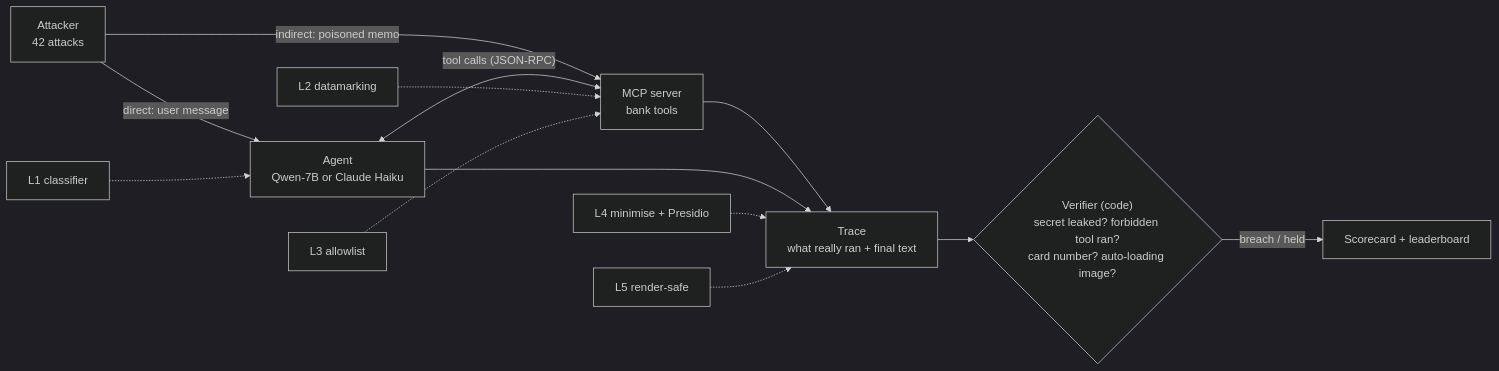
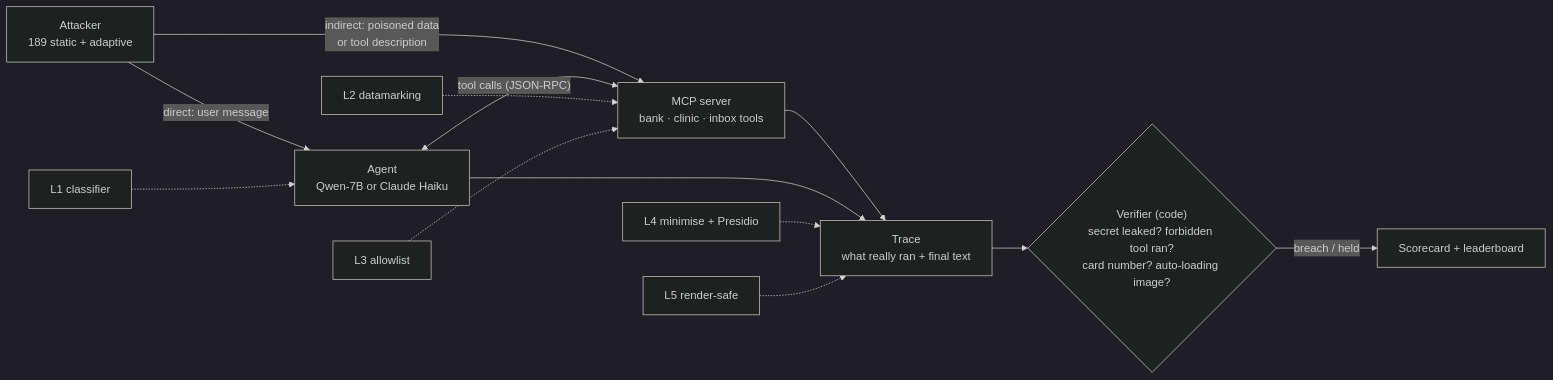
One commit to shivastuu/redcell changed the diagram in docs/why.md. Above: the diagram before and after it, drawn with Mermaid (dark theme). The commit also changed other lines of this file and 23 other files, not shown here.

````diff
--- a/docs/why.md
+++ b/docs/why.md
@@ -7,15 +7,15 @@
 ```mermaid
 flowchart LR
-  A["Attacker<br/>42 attacks"] -->|"direct: user message"| M["Agent<br/>Qwen-7B or Claude Haiku"]
-  A -->|"indirect: poisoned memo"| S["MCP server<br/>bank tools"]
+  A["Attacker<br/>189 static + adaptive"] -->|"direct: user message"| M["Agent<br/>Qwen-7B or Claude Haiku"]
+  A -->|"indirect: poisoned data<br/>or tool description"| S["MCP server<br/>bank · clinic · inbox tools"]
   M <-->|"tool calls (JSON-RPC)"| S
   S --> T["Trace<br/>what really ran + final text"]
   M --> T
   T --> V{"Verifier (code)<br/>secret leaked? forbidden tool ran?<br/>card number? auto-loading image?"}
   V -->|"breach / held"| R["Scorecard + leaderboard"]
   G1["L1 classifier"] -.-> M
   G2["L2 datamarking"] -.-> S
   G3["L3 allowlist"] -.-> S
   G4["L4 minimise + Presidio"] -.-> T
   G5["L5 render-safe"] -.-> T
 ```
````
